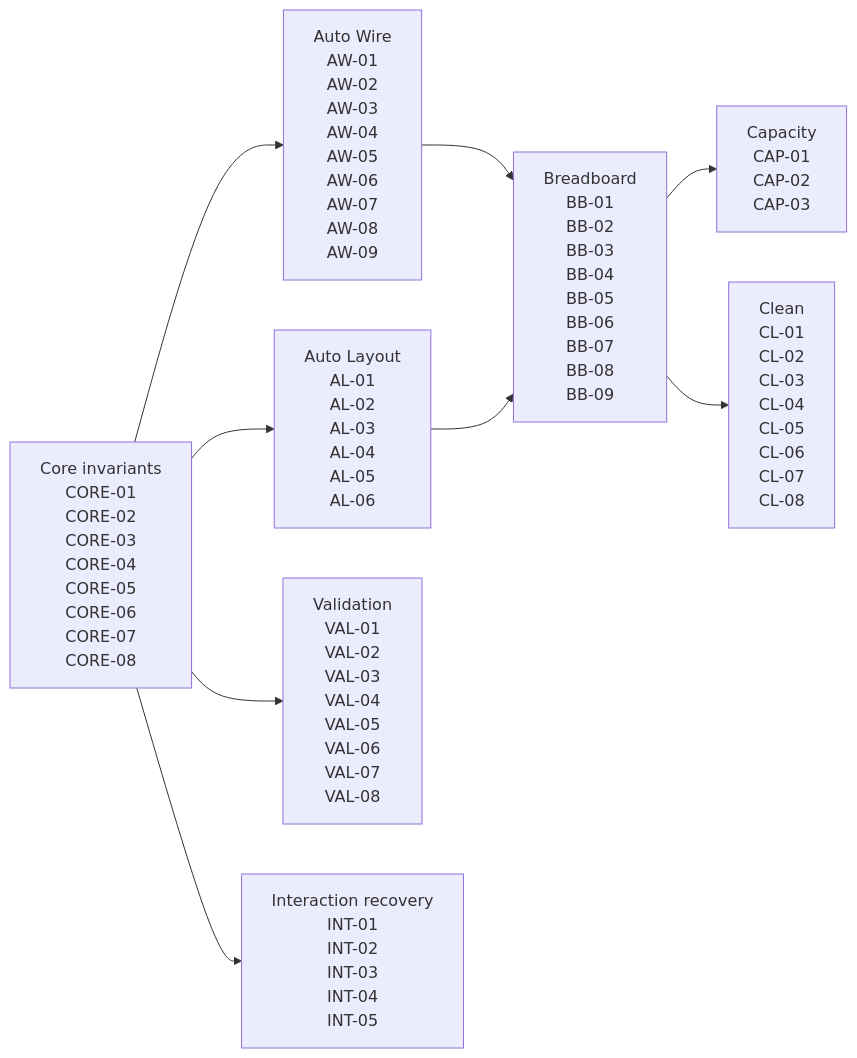
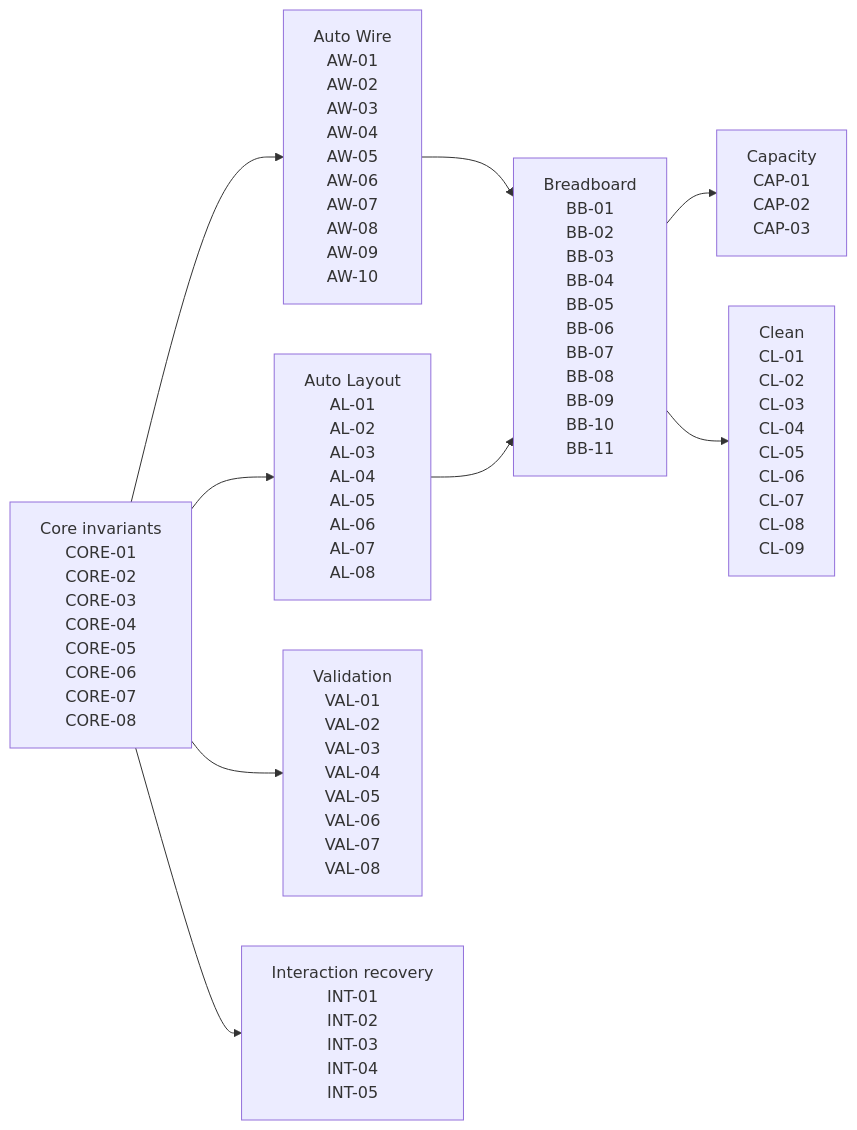
Before and after one commit to Ainmimdal/circuitsense: the second of 9 diagrams in docs/SELF_HEALING_ENGINE.md, drawn with Mermaid. The commit also changed other lines of this file and 92 other files, not shown here.

````diff
--- a/docs/SELF_HEALING_ENGINE.md
+++ b/docs/SELF_HEALING_ENGINE.md
@@ -37,19 +37,19 @@
 ```mermaid
 flowchart LR
     CORE["Core invariants<br/>CORE-01<br/>CORE-02<br/>CORE-03<br/>CORE-04<br/>CORE-05<br/>CORE-06<br/>CORE-07<br/>CORE-08"]
-    AW["Auto Wire<br/>AW-01<br/>AW-02<br/>AW-03<br/>AW-04<br/>AW-05<br/>AW-06<br/>AW-07<br/>AW-08<br/>AW-09"]
-    AL["Auto Layout<br/>AL-01<br/>AL-02<br/>AL-03<br/>AL-04<br/>AL-05<br/>AL-06"]
-    BB["Breadboard<br/>BB-01<br/>BB-02<br/>BB-03<br/>BB-04<br/>BB-05<br/>BB-06<br/>BB-07<br/>BB-08<br/>BB-09"]
+    AW["Auto Wire<br/>AW-01<br/>AW-02<br/>AW-03<br/>AW-04<br/>AW-05<br/>AW-06<br/>AW-07<br/>AW-08<br/>AW-09<br/>AW-10"]
+    AL["Auto Layout<br/>AL-01<br/>AL-02<br/>AL-03<br/>AL-04<br/>AL-05<br/>AL-06<br/>AL-07<br/>AL-08"]
+    BB["Breadboard<br/>BB-01<br/>BB-02<br/>BB-03<br/>BB-04<br/>BB-05<br/>BB-06<br/>BB-07<br/>BB-08<br/>BB-09<br/>BB-10<br/>BB-11"]
     CAP["Capacity<br/>CAP-01<br/>CAP-02<br/>CAP-03"]
-    CL["Clean<br/>CL-01<br/>CL-02<br/>CL-03<br/>CL-04<br/>CL-05<br/>CL-06<br/>CL-07<br/>CL-08"]
+    CL["Clean<br/>CL-01<br/>CL-02<br/>CL-03<br/>CL-04<br/>CL-05<br/>CL-06<br/>CL-07<br/>CL-08<br/>CL-09"]
     VAL["Validation<br/>VAL-01<br/>VAL-02<br/>VAL-03<br/>VAL-04<br/>VAL-05<br/>VAL-06<br/>VAL-07<br/>VAL-08"]
     INT["Interaction recovery<br/>INT-01<br/>INT-02<br/>INT-03<br/>INT-04<br/>INT-05"]
     CORE --> AW
     CORE --> AL
     CORE --> VAL
     CORE --> INT
     AW --> BB
     AL --> BB
     BB --> CAP
     BB --> CL
 ```
````
